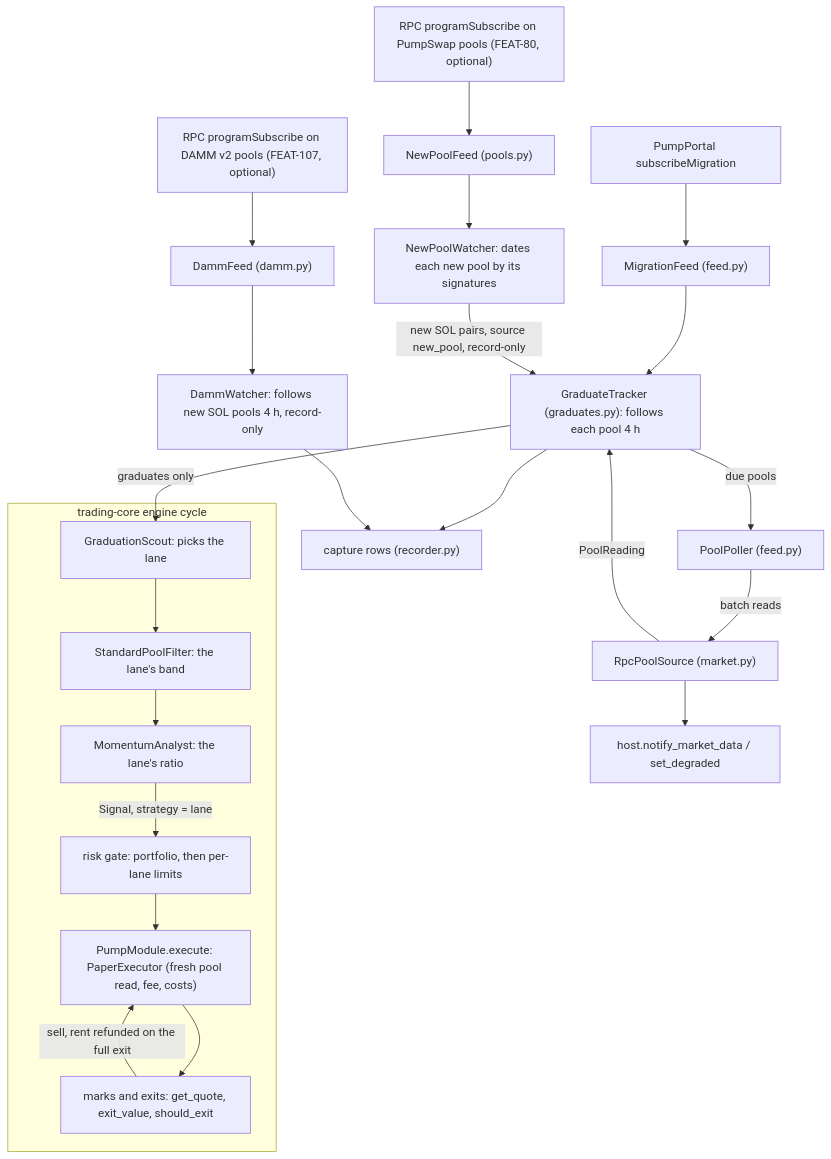
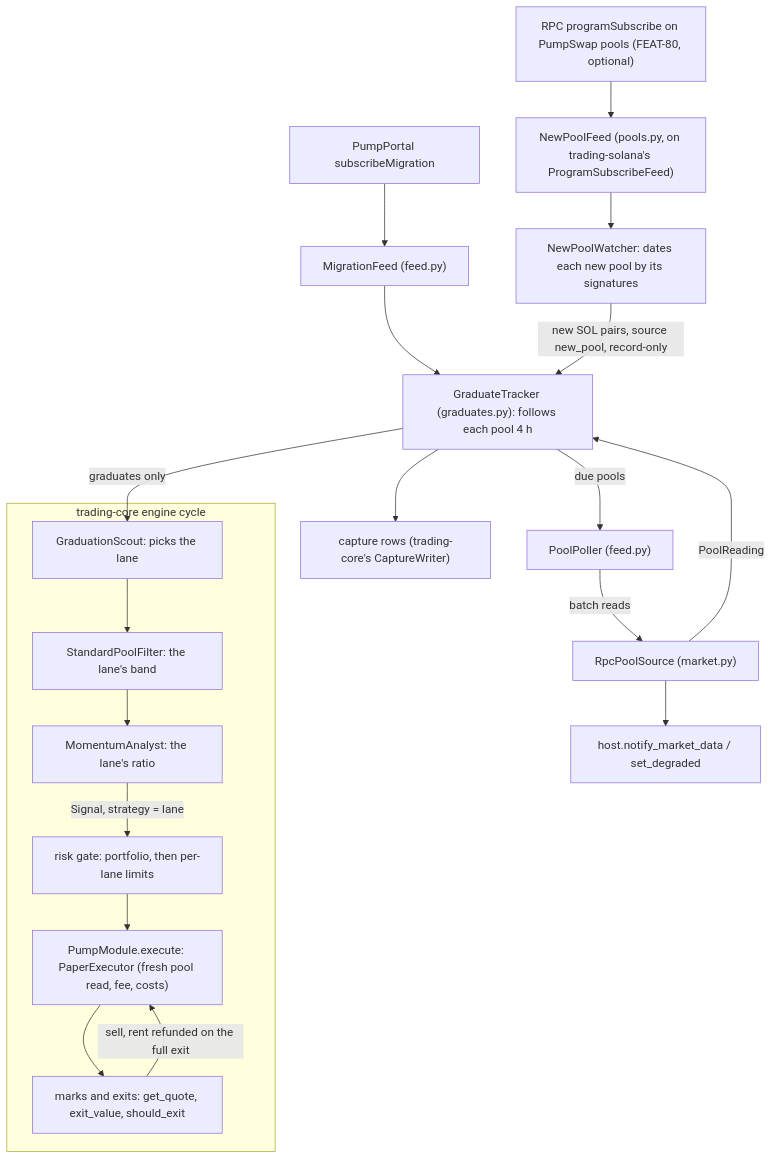
One commit to andy-shady-org/trading-pump changed the diagram in docs/ARCHITECTURE.md. Above: the diagram before and after it, drawn with Mermaid. The commit also changed other lines of this file and 20 other files, not shown here.

````diff
--- a/docs/ARCHITECTURE.md
+++ b/docs/ARCHITECTURE.md
@@ -34,25 +40,22 @@
 ```mermaid
 flowchart TD
     PP["PumpPortal subscribeMigration"] --> MF["MigrationFeed (feed.py)"]
     MF --> GT["GraduateTracker (graduates.py): follows each pool 4 h"]
-    WS["RPC programSubscribe on PumpSwap pools (FEAT-80, optional)"] --> NPF["NewPoolFeed (pools.py)"]
+    WS["RPC programSubscribe on PumpSwap pools (FEAT-80, optional)"] --> NPF["NewPoolFeed (pools.py, on trading-solana's ProgramSubscribeFeed)"]
     NPF --> NPW["NewPoolWatcher: dates each new pool by its signatures"]
     NPW -- "new SOL pairs, source new_pool, record-only" --> GT
     GT -- "due pools" --> POLL["PoolPoller (feed.py)"]
     POLL -- "batch reads" --> SRC["RpcPoolSource (market.py)"]
     SRC -- "PoolReading" --> GT
     SRC --> HOST["host.notify_market_data / set_degraded"]
-    GT --> CAP["capture rows (recorder.py)"]
-    DWS["RPC programSubscribe on DAMM v2 pools (FEAT-107, optional)"] --> DF["DammFeed (damm.py)"]
-    DF --> DW["DammWatcher: follows new SOL pools 4 h, record-only"]
-    DW --> CAP
+    GT --> CAP["capture rows (trading-core's CaptureWriter)"]
     GT -- "graduates only" --> SCOUT
     subgraph ENGINE["trading-core engine cycle"]
         SCOUT["GraduationScout: picks the lane"] --> FILT["StandardPoolFilter: the lane's band"]
         FILT --> AN["MomentumAnalyst: the lane's ratio"]
         AN -- "Signal, strategy = lane" --> RISK["risk gate: portfolio, then per-lane limits"]
         RISK --> EXE["PumpModule.execute: PaperExecutor (fresh pool read, fee, costs)"]
         EXE --> MARK["marks and exits: get_quote, exit_value, should_exit"]
         MARK -- "sell, rent refunded on the full exit" --> EXE
     end
 ```
````
